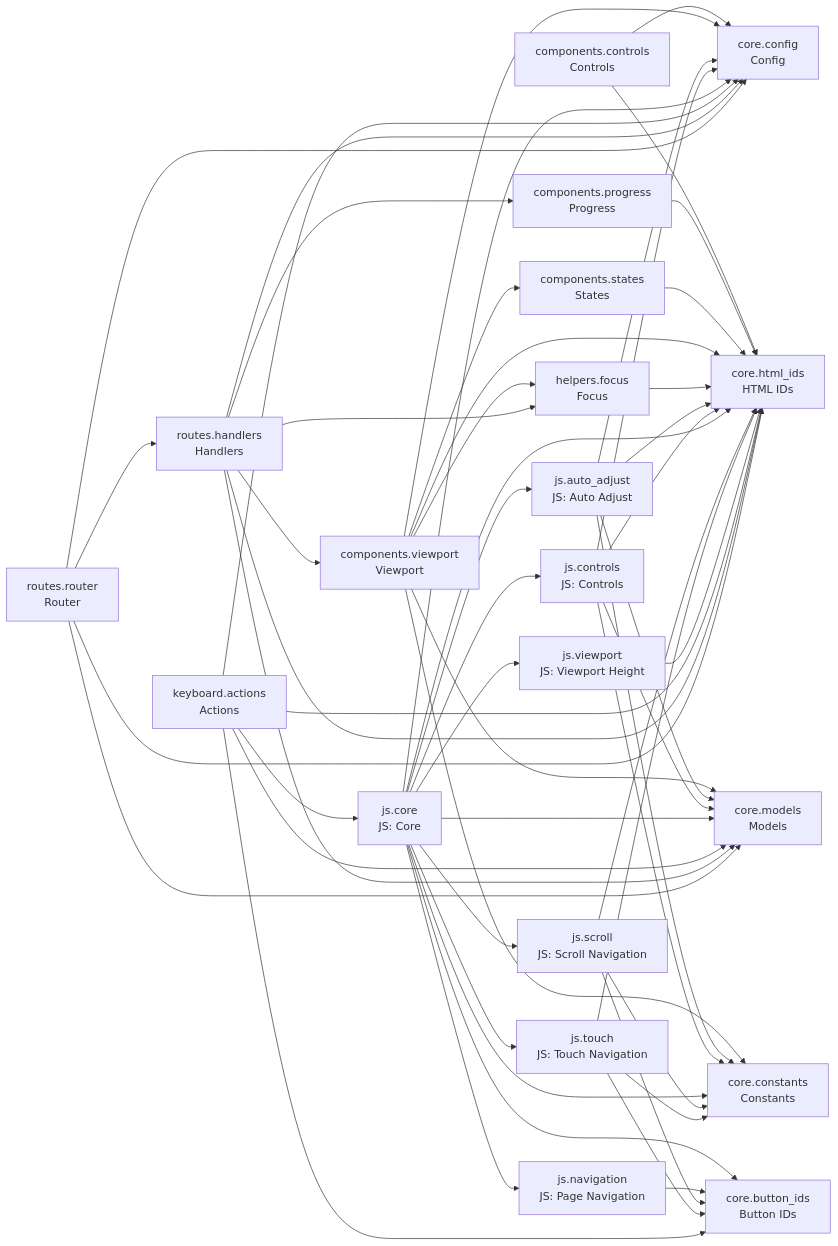
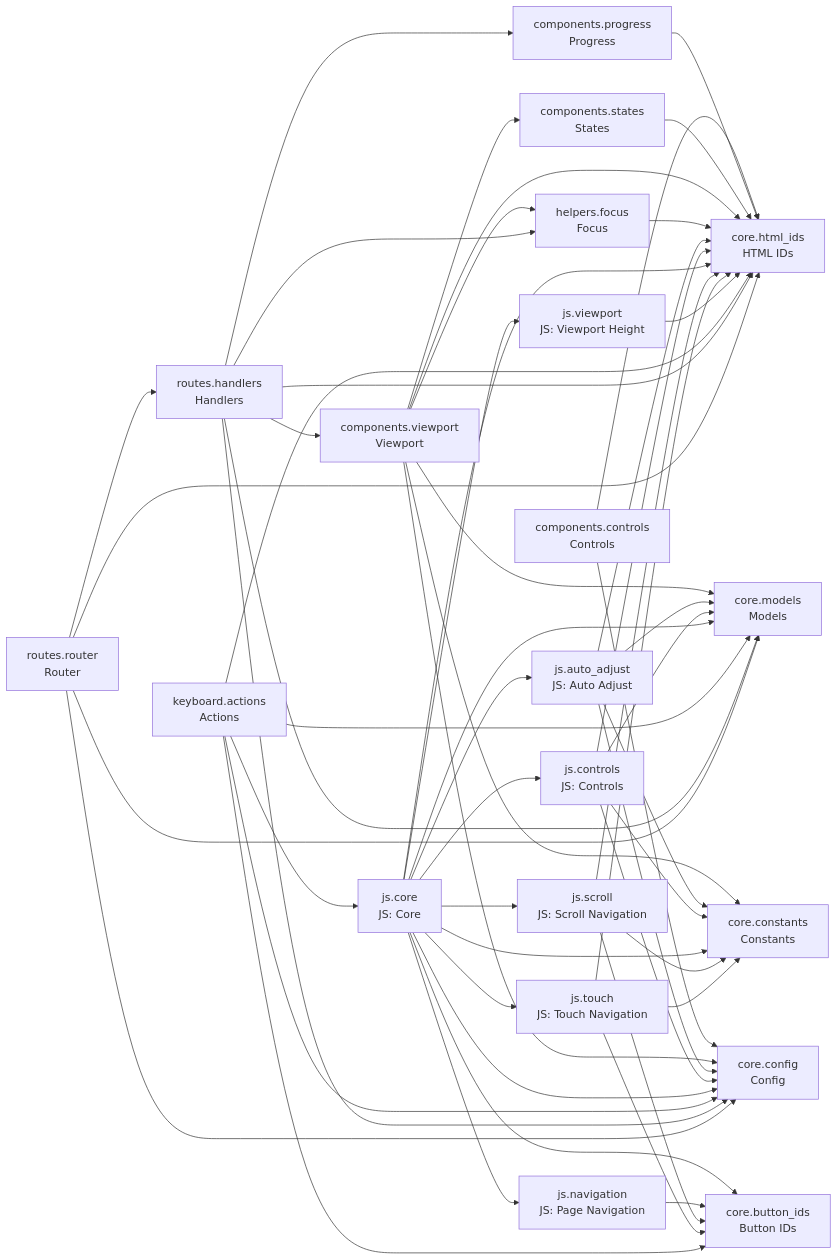
One commit to cj-mills/cjm-fasthtml-card-stack changed the diagram in README.md. Above: the diagram before and after it, drawn with Mermaid. The commit also changed other lines of this file and 11 other files, not shown here.

````diff
--- a/README.md
+++ b/README.md
@@ -46,77 +46,77 @@
 ``` mermaid
 graph LR
     components_controls[components.controls<br/>Controls]
     components_progress[components.progress<br/>Progress]
     components_states[components.states<br/>States]
     components_viewport[components.viewport<br/>Viewport]
     core_button_ids[core.button_ids<br/>Button IDs]
     core_config[core.config<br/>Config]
     core_constants[core.constants<br/>Constants]
     core_html_ids[core.html_ids<br/>HTML IDs]
     core_models[core.models<br/>Models]
     helpers_focus[helpers.focus<br/>Focus]
     js_auto_adjust[js.auto_adjust<br/>JS: Auto Adjust]
     js_controls[js.controls<br/>JS: Controls]
     js_core[js.core<br/>JS: Core]
     js_navigation[js.navigation<br/>JS: Page Navigation]
     js_scroll[js.scroll<br/>JS: Scroll Navigation]
     js_touch[js.touch<br/>JS: Touch Navigation]
     js_viewport[js.viewport<br/>JS: Viewport Height]
     keyboard_actions[keyboard.actions<br/>Actions]
     routes_handlers[routes.handlers<br/>Handlers]
     routes_router[routes.router<br/>Router]
 
     components_controls --> core_config
     components_controls --> core_html_ids
     components_progress --> core_html_ids
     components_states --> core_html_ids
-    components_viewport --> helpers_focus
-    components_viewport --> core_config
     components_viewport --> core_models
     components_viewport --> core_constants
+    components_viewport --> helpers_focus
     components_viewport --> components_states
+    components_viewport --> core_config
     components_viewport --> core_html_ids
     helpers_focus --> core_html_ids
+    js_auto_adjust --> core_constants
     js_auto_adjust --> core_config
     js_auto_adjust --> core_html_ids
-    js_auto_adjust --> core_constants
     js_auto_adjust --> core_models
     js_controls --> core_constants
     js_controls --> core_config
     js_controls --> core_html_ids
     js_controls --> core_models
-    js_core --> core_button_ids
-    js_core --> core_config
     js_core --> js_controls
     js_core --> core_constants
     js_core --> core_models
+    js_core --> js_scroll
     js_core --> js_navigation
+    js_core --> js_auto_adjust
+    js_core --> core_button_ids
+    js_core --> core_config
     js_core --> js_touch
     js_core --> core_html_ids
     js_core --> js_viewport
-    js_core --> js_scroll
-    js_core --> js_auto_adjust
     js_navigation --> core_button_ids
     js_scroll --> core_constants
+    js_scroll --> core_html_ids
     js_scroll --> core_button_ids
-    js_scroll --> core_html_ids
+    js_touch --> core_html_ids
+    js_touch --> core_button_ids
     js_touch --> core_constants
-    js_touch --> core_button_ids
-    js_touch --> core_html_ids
     js_viewport --> core_html_ids
+    keyboard_actions --> core_models
     keyboard_actions --> core_button_ids
+    keyboard_actions --> js_core
     keyboard_actions --> core_config
-    keyboard_actions --> js_core
-    keyboard_actions --> core_models
     keyboard_actions --> core_html_ids
-    routes_handlers --> core_config
     routes_handlers --> helpers_focus
     routes_handlers --> core_models
     routes_handlers --> components_viewport
+    routes_handlers --> core_config
+    routes_handlers --> components_progress
     routes_handlers --> core_html_ids
-    routes_handlers --> components_progress
-    routes_router --> core_config
     routes_router --> routes_handlers
     routes_router --> core_models
+    routes_router --> core_config
     routes_router --> core_html_ids
 ```
````
